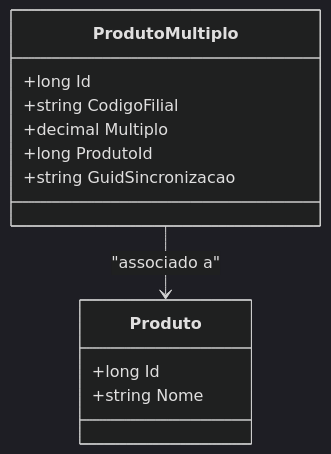
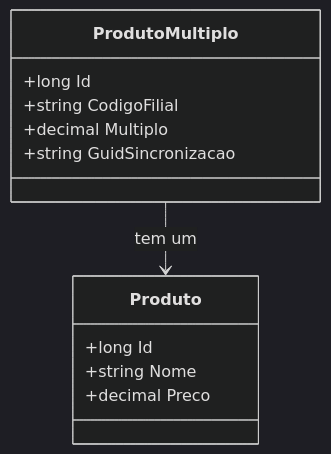
Before and after one commit to IsthmusSistemas/documentacao-tecnica: the diagram in docs/b2b-dominio/IsthmusWinthor.Nucleo/IsthmusWinthor.Dominio/Entidades/ProdutoMultiplo.md, drawn with Mermaid (dark theme). The commit also changed other lines of this file and 882 other files, not shown here.

````diff
--- a/docs/b2b-dominio/IsthmusWinthor.Nucleo/IsthmusWinthor.Dominio/Entidades/ProdutoMultiplo.md
+++ b/docs/b2b-dominio/IsthmusWinthor.Nucleo/IsthmusWinthor.Dominio/Entidades/ProdutoMultiplo.md
@@ -21,17 +18,15 @@
 ```mermaid
 classDiagram
     class ProdutoMultiplo {
         +long Id
         +string CodigoFilial
         +decimal Multiplo
-        +long ProdutoId
         +string GuidSincronizacao
     }
-    
     class Produto {
         +long Id
         +string Nome
+        +decimal Preco
     }
-    
-    ProdutoMultiplo --> Produto : "associado a"
+    ProdutoMultiplo --> Produto : tem um
 ```
````
